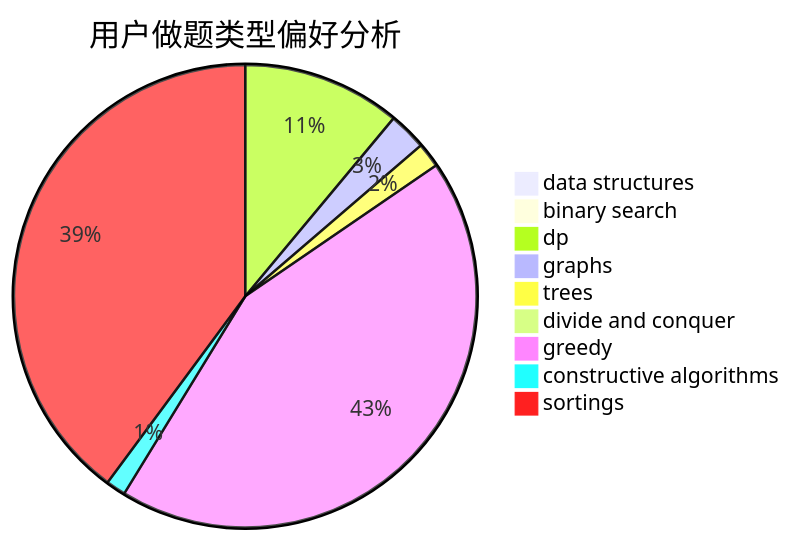
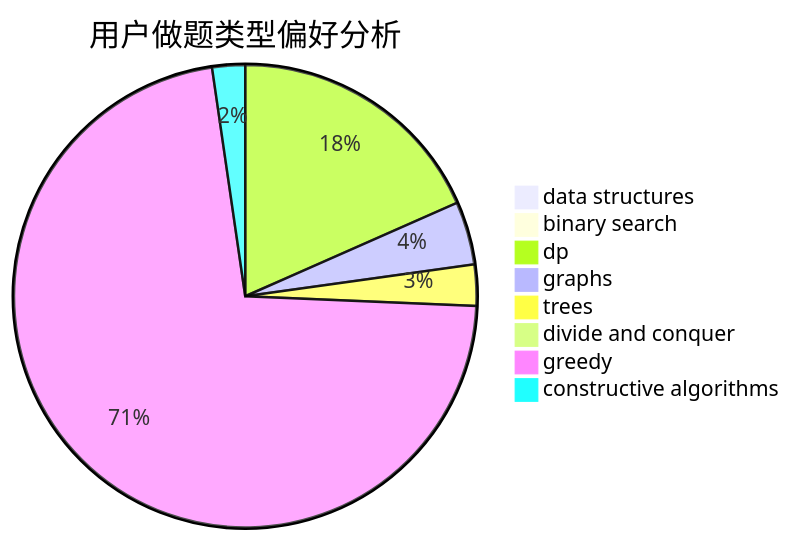
The second of 3 diagrams in docs/user/u1170.md (sherpahu/cfrs.github.io), drawn with Mermaid before and after one commit. The commit also changed other lines of this file and 2769 other files, not shown here.

````diff
--- a/docs/user/u1170.md
+++ b/docs/user/u1170.md
@@ -18,12 +18,11 @@
 ```mermaid
 pie title 用户做题类型偏好分析
     "data structures" :  5
     "binary search" :  2
     "dp" :  96
     "graphs" :  23
     "trees" :  15
     "divide and conquer" :  3
     "greedy" :  376
     "constructive algorithms" :  12
-    "sortings" :  346
 ```
````
